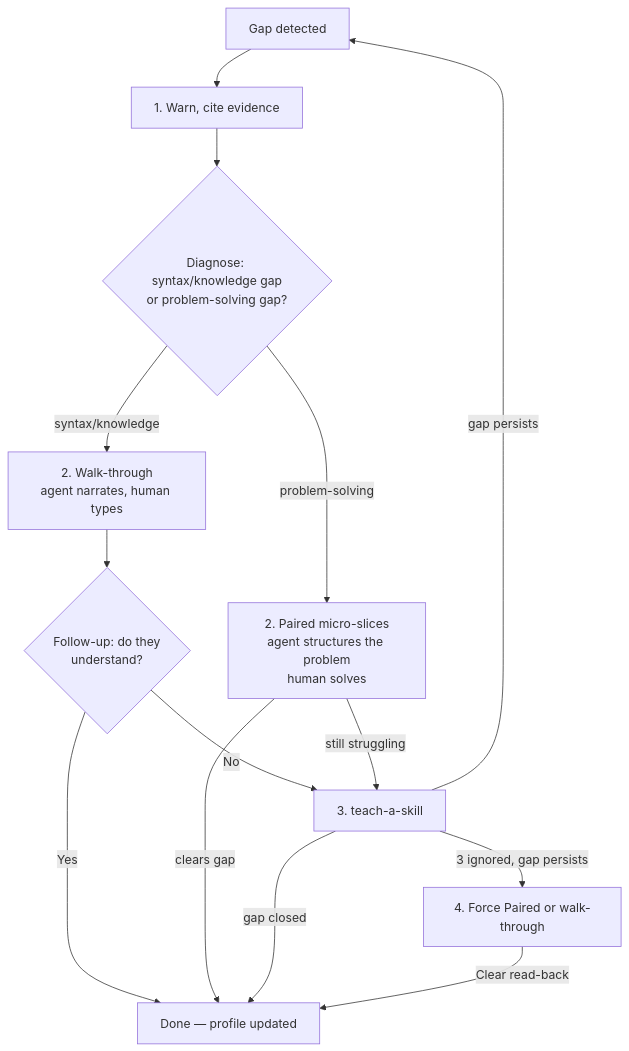
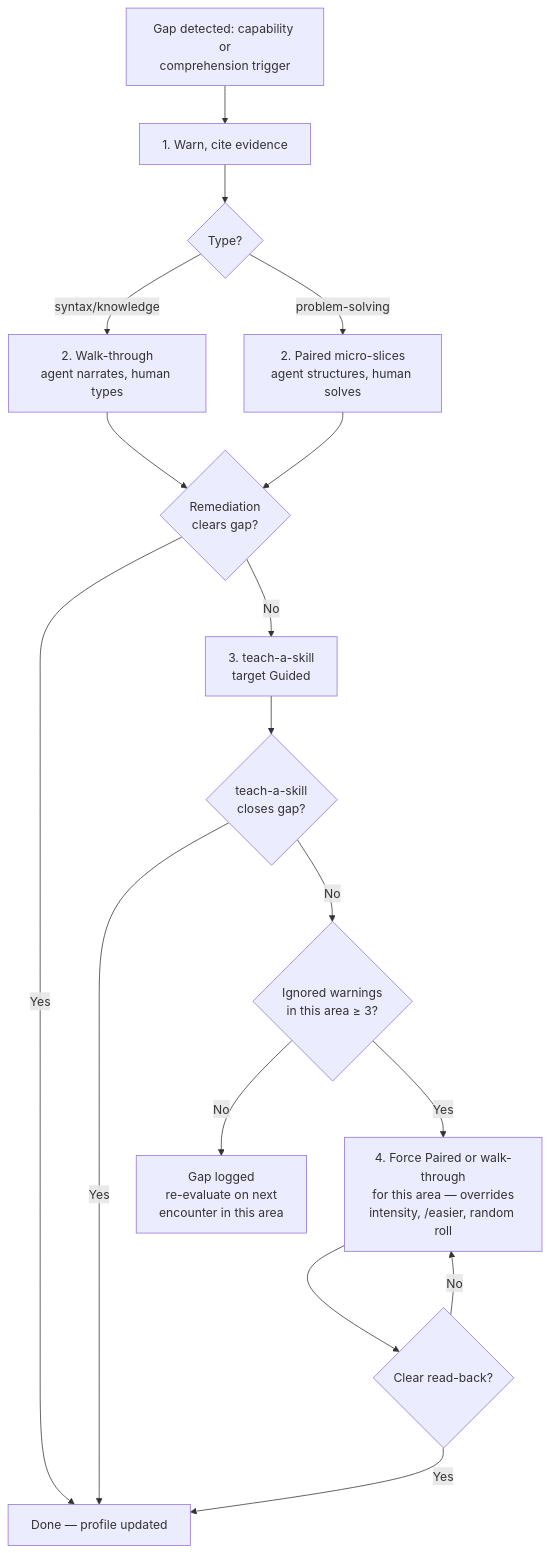
Before and after one commit to MegaByteMark/skills-to-pay-the-ai-bills: the second of 5 diagrams in skills/vibe-code-antidote/SKILL.md, drawn with Mermaid. The commit also changed other lines of this file, not shown here.

Commit message:
fix: updated mermaid diagrams to move visually match the flows expected from vibe-code-antidote

````diff
--- a/skills/vibe-code-antidote/SKILL.md
+++ b/skills/vibe-code-antidote/SKILL.md
@@ -59,16 +59,19 @@
 ```mermaid
 flowchart TD
-    GAP[Gap detected] --> WARN[1. Warn, cite evidence]
-    WARN --> DIAG{Diagnose: syntax/knowledge gap<br>or problem-solving gap?}
-    DIAG -->|syntax/knowledge| WT[2. Walk-through<br>agent narrates, human types]
-    DIAG -->|problem-solving| PAIR[2. Paired micro-slices<br>agent structures the problem<br>human solves]
-    WT --> CHECK{Follow-up: do they<br>understand?}
-    CHECK -->|Yes| RESOLVE[Done — profile updated]
-    CHECK -->|No| TEACH[3. teach-a-skill]
-    PAIR -->|clears gap| RESOLVE
-    PAIR -->|still struggling| TEACH
-    TEACH -->|gap closed| RESOLVE
-    TEACH -->|gap persists| GAP
-    TEACH -->|3 ignored, gap persists| FORCE[4. Force Paired or walk-through]
-    FORCE -->|Clear read-back| RESOLVE
+    GAP[Gap detected: capability or<br>comprehension trigger] --> WARN[1. Warn, cite evidence]
+    WARN --> DIAG{Type?}
+    DIAG -->|syntax/knowledge| WALK[2. Walk-through<br>agent narrates, human types]
+    DIAG -->|problem-solving| PAIR[2. Paired micro-slices<br>agent structures, human solves]
+    WALK --> CLEAR{Remediation<br>clears gap?}
+    PAIR --> CLEAR
+    CLEAR -->|Yes| DONE[Done — profile updated]
+    CLEAR -->|No| TEACH[3. teach-a-skill<br>target Guided]
+    TEACH --> LEARNED{teach-a-skill<br>closes gap?}
+    LEARNED -->|Yes| DONE
+    LEARNED -->|No| COUNT{Ignored warnings<br>in this area ≥ 3?}
+    COUNT -->|No| LOGGED[Gap logged<br>re-evaluate on next<br>encounter in this area]
+    COUNT -->|Yes| FORCE[4. Force Paired or walk-through<br>for this area — overrides<br>intensity, /easier, random roll]
+    FORCE --> FCHECK{Clear read-back?}
+    FCHECK -->|Yes| DONE
+    FCHECK -->|No| FORCE
 ```
````
